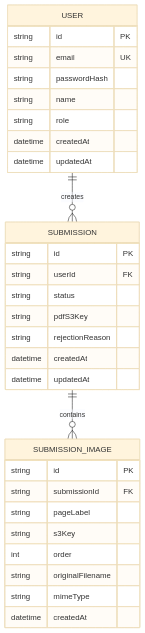
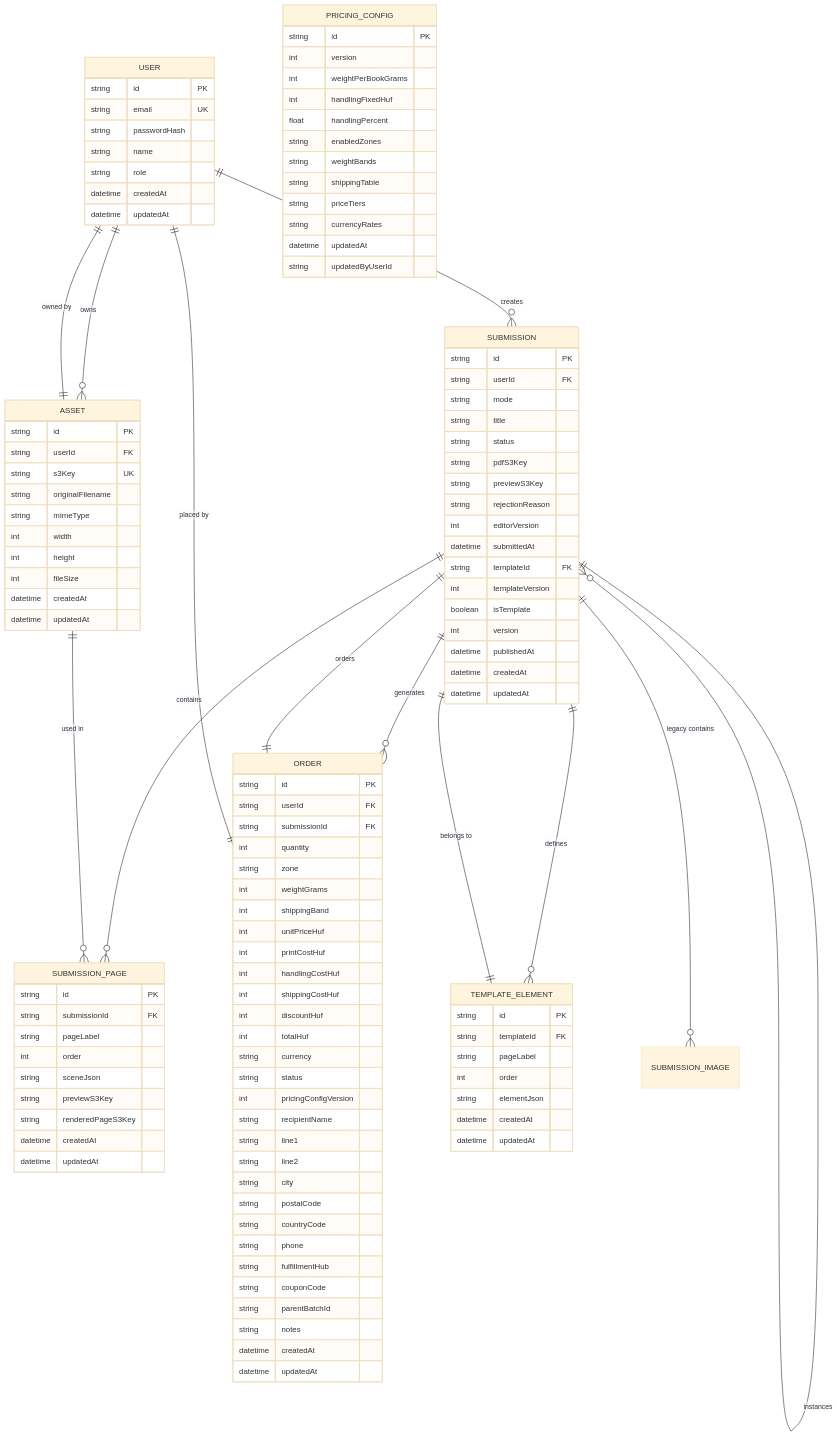
The second of 4 diagrams in .qoder/repowiki/en/content/Database Design/Database Design.md (Crowdspender/titchybooks-app), drawn with Mermaid (base theme) before and after one commit. The commit also changed other lines of this file and 62 other files, not shown here.

````diff
--- a/.qoder/repowiki/en/content/Database Design/Database Design.md
+++ b/.qoder/repowiki/en/content/Database Design/Database Design.md
@@ -166,22 +328,109 @@
 SUBMISSION {
 string id PK
 string userId FK
+string mode
+string title
 string status
 string pdfS3Key
+string previewS3Key
 string rejectionReason
+int editorVersion
+datetime submittedAt
+string templateId FK
+int templateVersion
+boolean isTemplate
+int version
+datetime publishedAt
 datetime createdAt
 datetime updatedAt
 }
-SUBMISSION_IMAGE {
+SUBMISSION_PAGE {
 string id PK
 string submissionId FK
 string pageLabel
-string s3Key
 int order
+string sceneJson
+string previewS3Key
+string renderedPageS3Key
+datetime createdAt
+datetime updatedAt
+}
+ASSET {
+string id PK
+string userId FK
+string s3Key UK
 string originalFilename
 string mimeType
+int width
+int height
+int fileSize
 datetime createdAt
+datetime updatedAt
+}
+ORDER {
+string id PK
+string userId FK
+string submissionId FK
+int quantity
+string zone
+int weightGrams
+int shippingBand
+int unitPriceHuf
+int printCostHuf
+int handlingCostHuf
+int shippingCostHuf
+int discountHuf
+int totalHuf
+string currency
+string status
+int pricingConfigVersion
+string recipientName
+string line1
+string line2
+string city
+string postalCode
+string countryCode
+string phone
+string fulfillmentHub
+string couponCode
+string parentBatchId
+string notes
+datetime createdAt
+datetime updatedAt
+}
+TEMPLATE_ELEMENT {
+string id PK
+string templateId FK
+string pageLabel
+int order
+string elementJson
+datetime createdAt
+datetime updatedAt
+}
+PRICING_CONFIG {
+string id PK
+int version
+int weightPerBookGrams
+int handlingFixedHuf
+float handlingPercent
+string enabledZones
+string weightBands
+string shippingTable
+string priceTiers
+string currencyRates
+datetime updatedAt
+string updatedByUserId
 }
 USER ||--o{ SUBMISSION : "creates"
-SUBMISSION ||--o{ SUBMISSION_IMAGE : "contains"
+USER ||--o{ ASSET : "owns"
+SUBMISSION ||--o{ SUBMISSION_PAGE : "contains"
+SUBMISSION ||--o{ SUBMISSION_IMAGE : "legacy contains"
+SUBMISSION ||--o{ ORDER : "generates"
+SUBMISSION ||--o{ TEMPLATE_ELEMENT : "defines"
+SUBMISSION ||--o{ SUBMISSION : "instances"
+ASSET ||--|| USER : "owned by"
+ASSET ||--o{ SUBMISSION_PAGE : "used in"
+ORDER ||--|| SUBMISSION : "orders"
+ORDER ||--|| USER : "placed by"
+TEMPLATE_ELEMENT ||--|| SUBMISSION : "belongs to"
 ```
````
